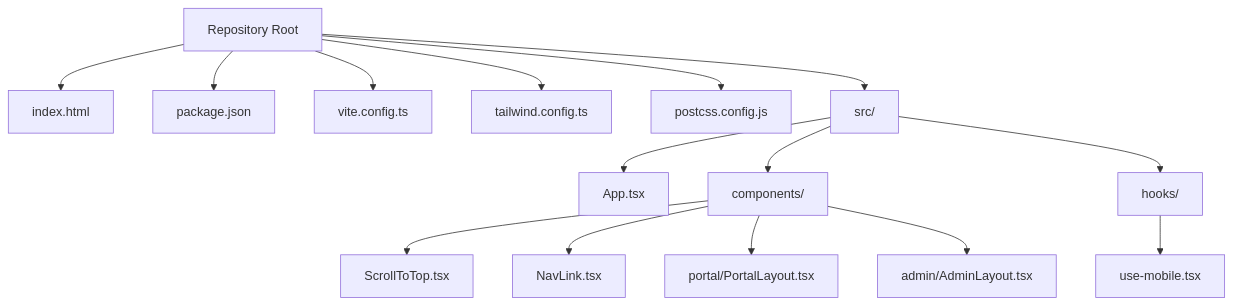
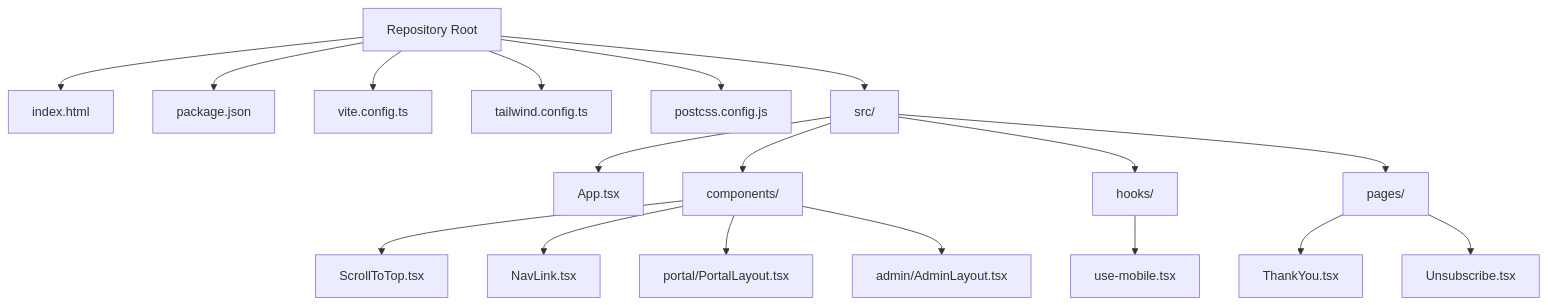
Before and after one commit to Hawky1/ryland: the first of 8 diagrams in .qoder/repowiki/en/content/Pages & Routing/Pages & Routing.md, drawn with Mermaid. The commit also changed other lines of this file and 26 other files, not shown here.

````diff
--- a/.qoder/repowiki/en/content/Pages & Routing/Pages & Routing.md
+++ b/.qoder/repowiki/en/content/Pages & Routing/Pages & Routing.md
@@ -64,17 +70,20 @@
 ```mermaid
 graph TB
 Root["Repository Root"] --> HTML["index.html"]
 Root --> Pkg["package.json"]
 Root --> ViteCfg["vite.config.ts"]
 Root --> TailwindCfg["tailwind.config.ts"]
 Root --> PostCSS["postcss.config.js"]
 Root --> Src["src/"]
 Src --> App["App.tsx"]
 Src --> Comps["components/"]
 Comps --> ScrollToTop["ScrollToTop.tsx"]
 Comps --> NavLink["NavLink.tsx"]
 Comps --> PortalLayout["portal/PortalLayout.tsx"]
 Comps --> AdminLayout["admin/AdminLayout.tsx"]
 Src --> Hooks["hooks/"]
 Hooks --> UseMobile["use-mobile.tsx"]
+Src --> Pages["pages/"]
+Pages --> ThankYou["ThankYou.tsx"]
+Pages --> Unsubscribe["Unsubscribe.tsx"]
 ```
````
